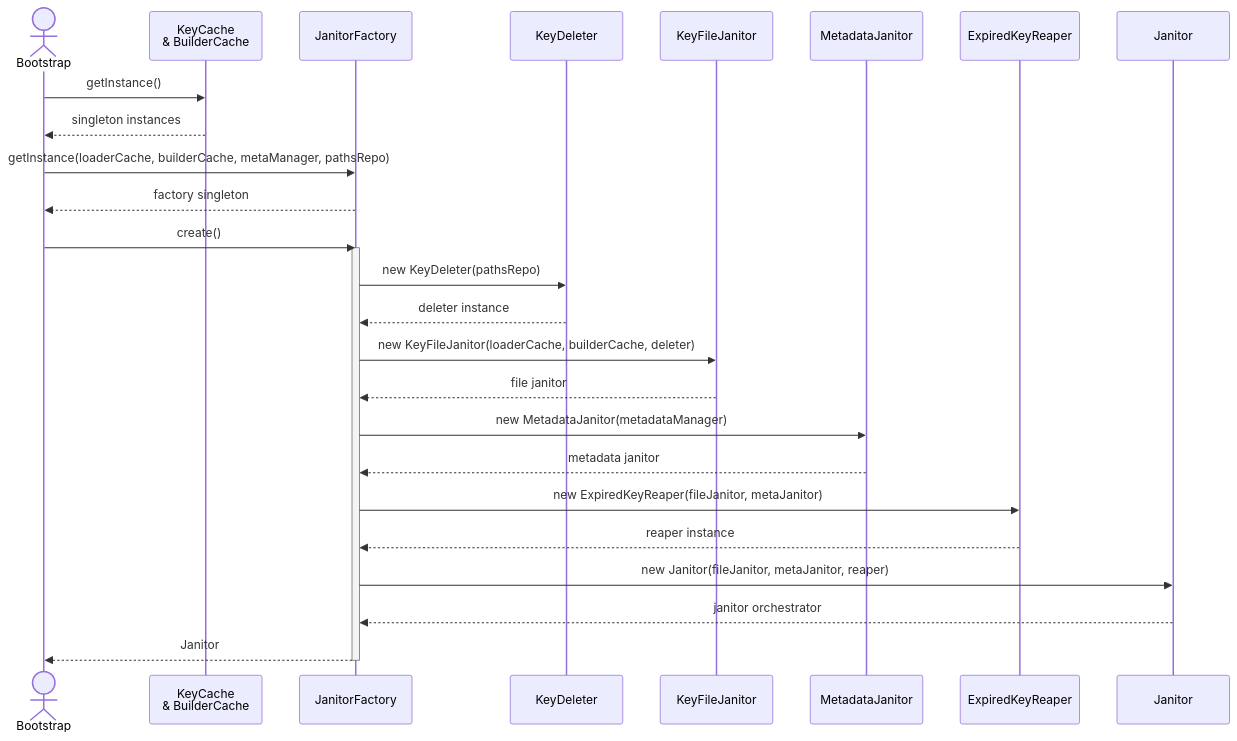
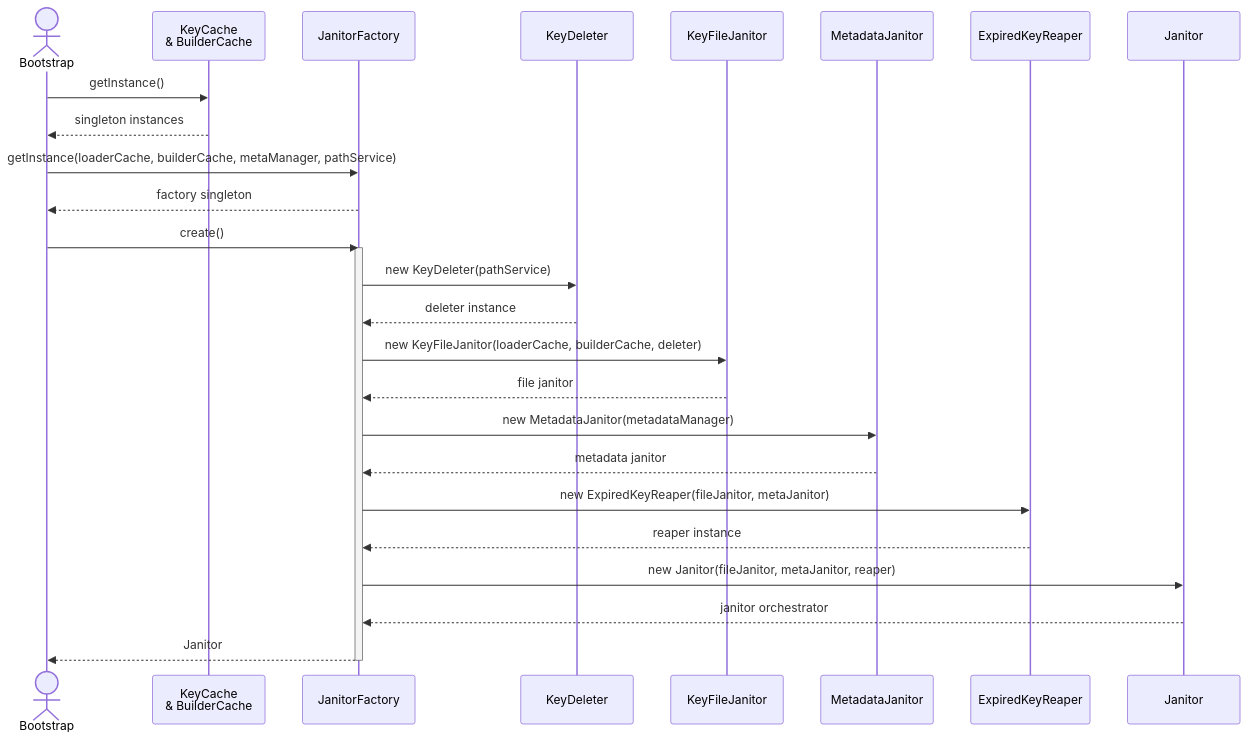
One commit to itsGurdevSingh/vault changed the third of 7 diagrams in docs/generated/domain/key-manager/janitor/structure.md. Above: the diagram before and after it, drawn with Mermaid. The commit also changed other lines of this file and 17 other files, not shown here.

First line of the commit message:
refactor: rename pathsRepo to pathService and update related references

````diff
--- a/docs/generated/domain/key-manager/janitor/structure.md
+++ b/docs/generated/domain/key-manager/janitor/structure.md
@@ -504,38 +504,38 @@
 ```mermaid
 sequenceDiagram
     actor Bootstrap
     participant Cache as KeyCache<br/>& BuilderCache
     participant Factory as JanitorFactory
     participant Deleter as KeyDeleter
     participant FileJanitor as KeyFileJanitor
     participant MetaJanitor as MetadataJanitor
     participant Reaper as ExpiredKeyReaper
     participant Janitor as Janitor
 
     Bootstrap->>Cache: getInstance()
     Cache-->>Bootstrap: singleton instances
 
-    Bootstrap->>Factory: getInstance(loaderCache, builderCache, metaManager, pathsRepo)
+    Bootstrap->>Factory: getInstance(loaderCache, builderCache, metaManager, pathService)
     Factory-->>Bootstrap: factory singleton
 
     Bootstrap->>Factory: create()
     activate Factory
 
-    Factory->>Deleter: new KeyDeleter(pathsRepo)
+    Factory->>Deleter: new KeyDeleter(pathService)
     Deleter-->>Factory: deleter instance
 
     Factory->>FileJanitor: new KeyFileJanitor(loaderCache, builderCache, deleter)
     FileJanitor-->>Factory: file janitor
 
     Factory->>MetaJanitor: new MetadataJanitor(metadataManager)
     MetaJanitor-->>Factory: metadata janitor
 
     Factory->>Reaper: new ExpiredKeyReaper(fileJanitor, metaJanitor)
     Reaper-->>Factory: reaper instance
 
     Factory->>Janitor: new Janitor(fileJanitor, metaJanitor, reaper)
     Janitor-->>Factory: janitor orchestrator
 
     Factory-->>Bootstrap: Janitor
     deactivate Factory
 ```
````
